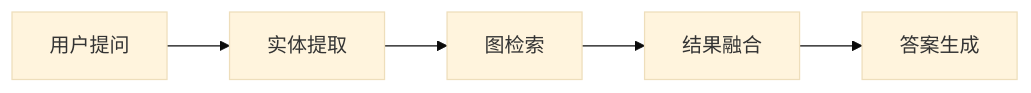
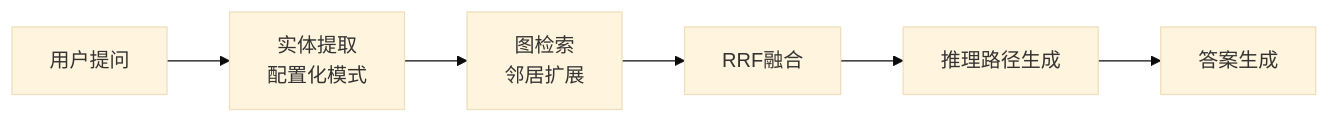
The fourth of 6 diagrams in README.md (honglanjingyu/PaperReadingRAG), drawn with Mermaid (base theme) before and after one commit. The commit also changed other lines of this file and 28 other files, not shown here.

````diff
--- a/README.md
+++ b/README.md
@@ -72,7 +97,8 @@
 ```mermaid
 graph LR
-    A[用户提问] --> B[实体提取]
-    B --> C[图检索]
-    C --> D[结果融合]
-    D --> E[答案生成]
+    A[用户提问] --> B[实体提取<br>配置化模式]
+    B --> C[图检索<br>邻居扩展]
+    C --> D[RRF融合]
+    D --> E[推理路径生成]
+    E --> F[答案生成]
 ```
````
